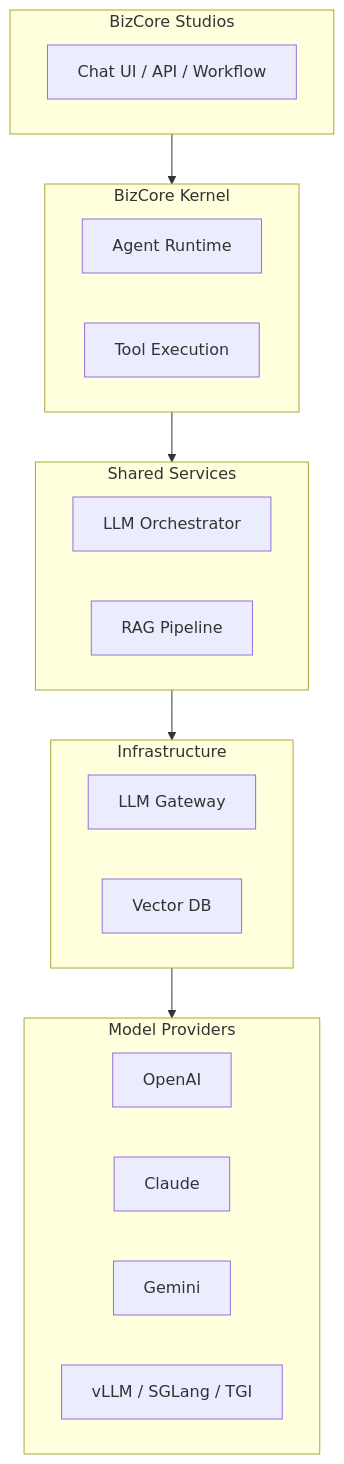
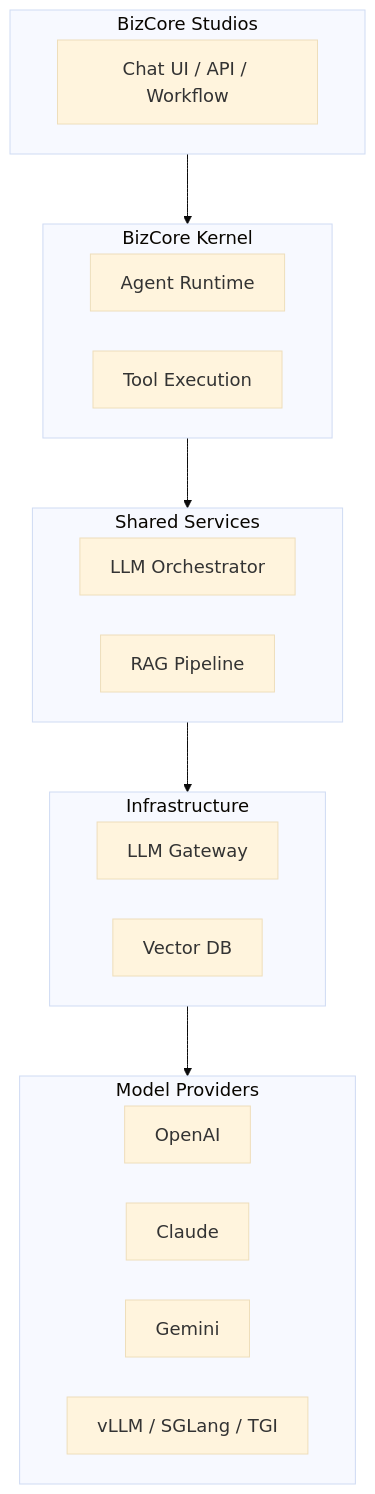
Before and after one commit to liushuang393/serverlessAIAgents: the fourth of 4 diagrams in README_EN.md, drawn with Mermaid. The commit also changed other lines of this file and 69 other files, not shown here.

````diff
--- a/README_EN.md
+++ b/README_EN.md
@@ -92,34 +248,35 @@
 ```mermaid
+%%{init: {'theme': 'base', 'themeVariables': {'fontSize': '18px'}, 'flowchart': {'useMaxWidth': false, 'nodeSpacing': 40, 'rankSpacing': 70, 'diagramPadding': 24}} }%%
 flowchart TB
 
 subgraph APP["BizCore Studios"]
 UI[Chat UI / API / Workflow]
 end
 
 subgraph KERNEL["BizCore Kernel"]
 Runtime[Agent Runtime]
 Tools[Tool Execution]
 end
 
 subgraph SHARED["Shared Services"]
 Orchestrator[LLM Orchestrator]
 RAG[RAG Pipeline]
 end
 
 subgraph INFRA["Infrastructure"]
 Gateway[LLM Gateway]
 Vector[Vector DB]
 end
 
 subgraph PROVIDER["Model Providers"]
 OpenAI[OpenAI]
 Claude[Claude]
 Gemini[Gemini]
 Local[vLLM / SGLang / TGI]
 end
 
 APP --> KERNEL
 KERNEL --> SHARED
 SHARED --> INFRA
 INFRA --> PROVIDER
 ```
````
